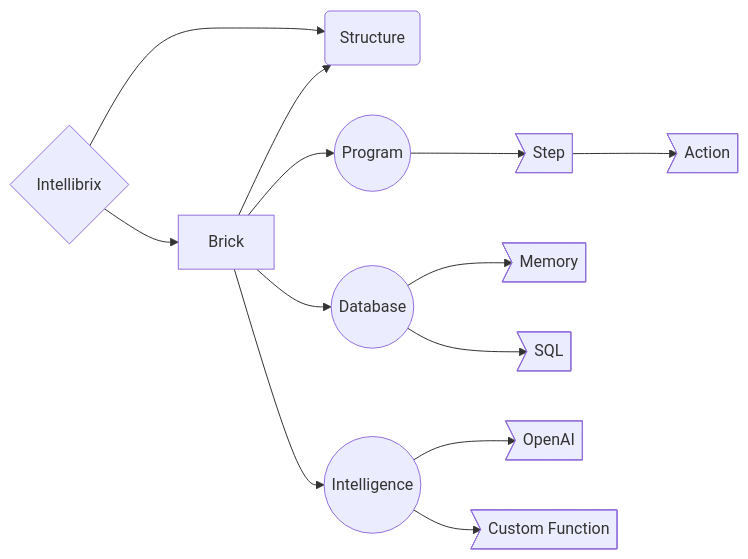
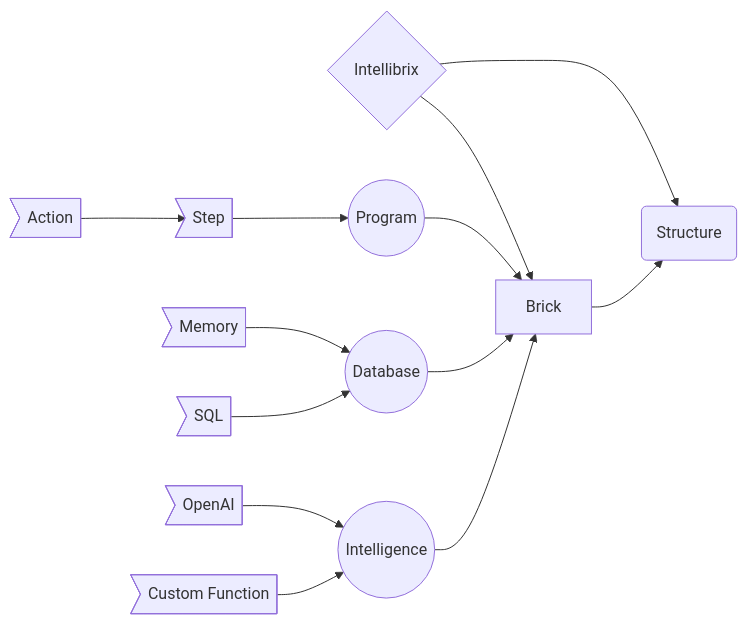
The diagram in assets/intellibrix-diagram.mermaid (intellibrix/intellibrix), drawn with Mermaid before and after one commit. The commit also changed 1 other file, not shown here.

Commit message:
update diagram

```diff
--- a/assets/intellibrix-diagram.mermaid
+++ b/assets/intellibrix-diagram.mermaid
@@ -1,14 +1,14 @@
 graph LR
   I{"Intellibrix"}
   I --> B["Brick"]
   I --> S("Structure")
   B --> S
-  B --> P(("Program"))
-  P --> St>"Step"]
-  St --> A>"Action"]
-  B --> D(("Database"))
-  D --> M>"Memory"]
-  D --> SQL>"SQL"]
-  B --> AI(("Intelligence"))
-  AI --> OAI>"OpenAI"]
-  AI --> CAI>"Custom Function"]
+  P(("Program")) --> B
+  St>"Step"] --> P
+  A>"Action"]-->St
+  D(("Database")) --> B
+  M>"Memory"] --> D
+  SQL>"SQL"] --> D
+  AI(("Intelligence")) --> B
+  OAI>"OpenAI"] --> AI
+  CAI>"Custom Function"] --> AI
```
